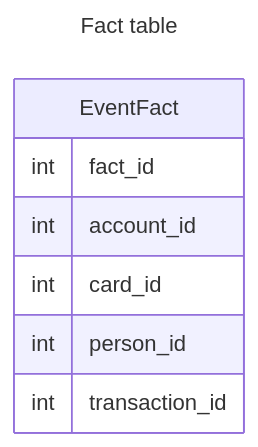
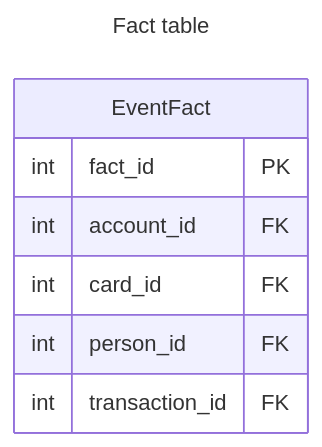
One commit to luis705/n26-modeling-case changed the first of 2 diagrams in README.md. Above: the diagram before and after it, drawn with Mermaid. The commit also changed other lines of this file, not shown here.

````diff
--- a/README.md
+++ b/README.md
@@ -47,13 +47,13 @@
 ```mermaid
 ---
 title: Fact table
 ---
 erDiagram
     EventFact {
-        int fact_id
-        int account_id
-        int card_id
-        int person_id
-        int transaction_id
+        int fact_id PK
+        int account_id FK
+        int card_id FK
+        int person_id FK
+        int transaction_id FK
     }
 ```
````
